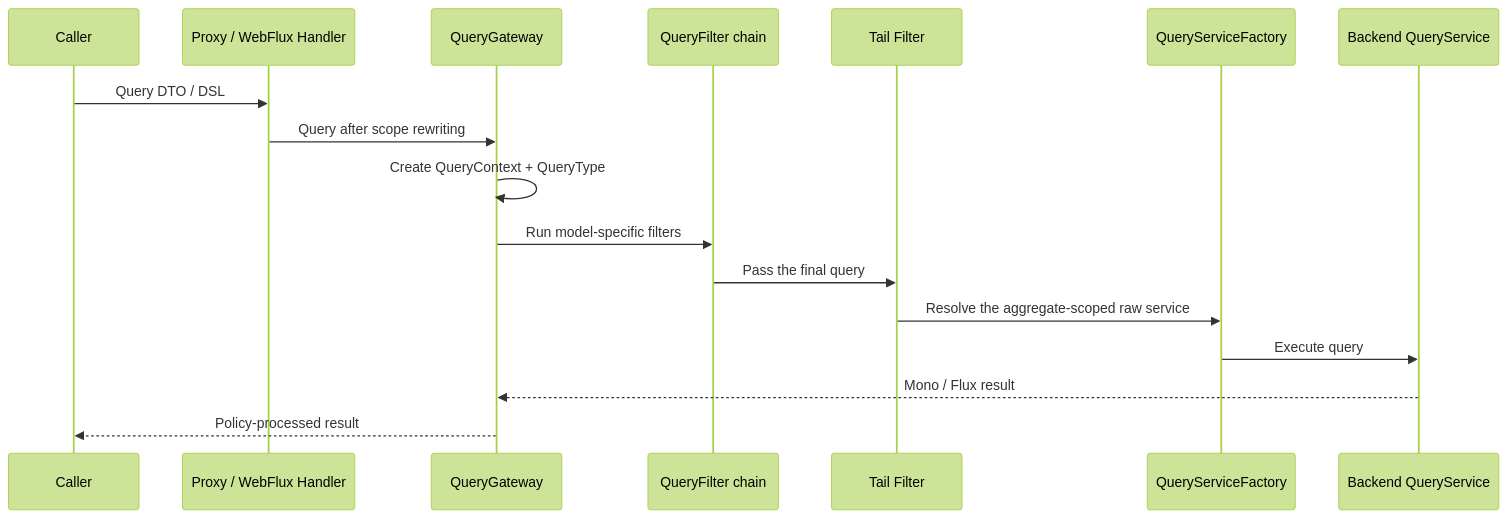
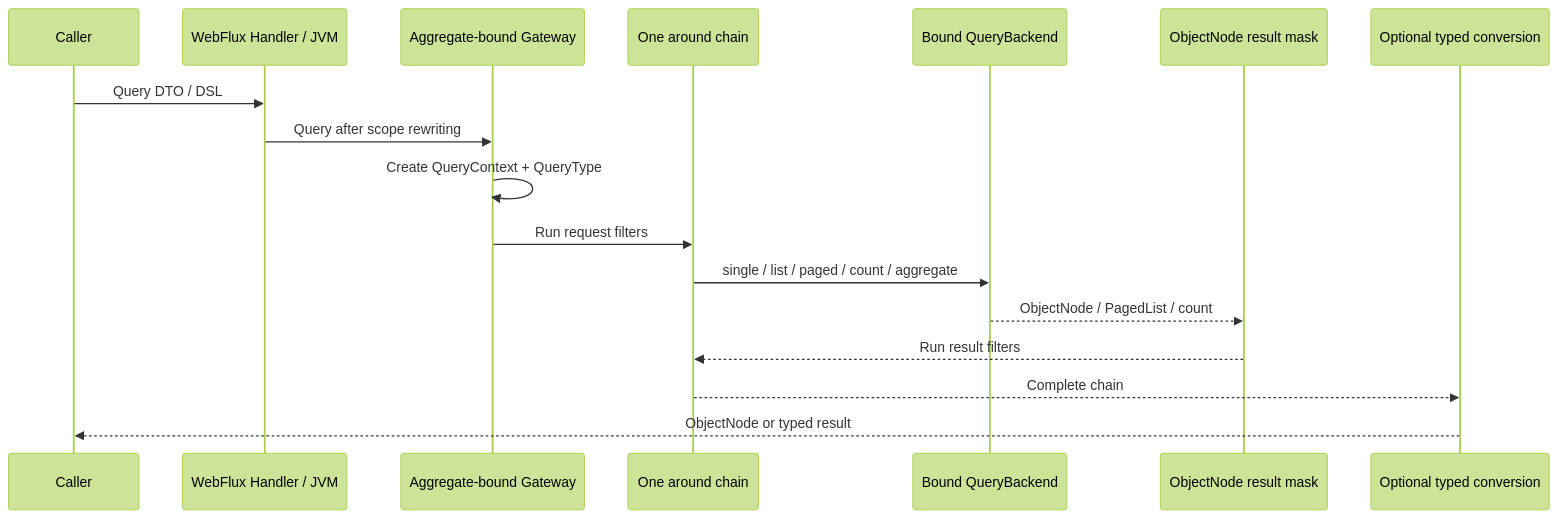
Before and after one commit to Ahoo-Wang/Wow: the diagram in documentation/docs/en/guide/query/query-gateway.md, drawn with Mermaid (forest theme). The commit also changed other lines of this file and 47 other files, not shown here.

Commit message:
docs(query): publish v9 gateway backend migration

````diff
--- a/documentation/docs/en/guide/query/query-gateway.md
+++ b/documentation/docs/en/guide/query/query-gateway.md
@@ -18,19 +18,19 @@
 ```mermaid
 sequenceDiagram
     participant Caller as Caller
-    participant Entry as Proxy / WebFlux Handler
-    participant Gateway as QueryGateway
-    participant Filters as QueryFilter chain
-    participant Tail as Tail Filter
-    participant Factory as QueryServiceFactory
-    participant Backend as Backend QueryService
+    participant Entry as WebFlux Handler / JVM
+    participant Gateway as Aggregate-bound Gateway
+    participant Filters as One around chain
+    participant Backend as Bound QueryBackend
+    participant Mask as ObjectNode result mask
+    participant Jackson as Optional typed conversion
     Caller->>Entry: Query DTO / DSL
     Entry->>Gateway: Query after scope rewriting
     Gateway->>Gateway: Create QueryContext + QueryType
-    Gateway->>Filters: Run model-specific filters
-    Filters->>Tail: Pass the final query
-    Tail->>Factory: Resolve the aggregate-scoped raw service
-    Factory->>Backend: Execute query
-    Backend-->>Gateway: Mono / Flux result
-    Gateway-->>Caller: Policy-processed result
+    Gateway->>Filters: Run request filters
+    Filters->>Backend: single / list / paged / count / aggregate
+    Backend-->>Mask: ObjectNode / PagedList / count
+    Mask-->>Filters: Run result filters
+    Filters-->>Jackson: Complete chain
+    Jackson-->>Caller: ObjectNode or typed result
 ```
````
